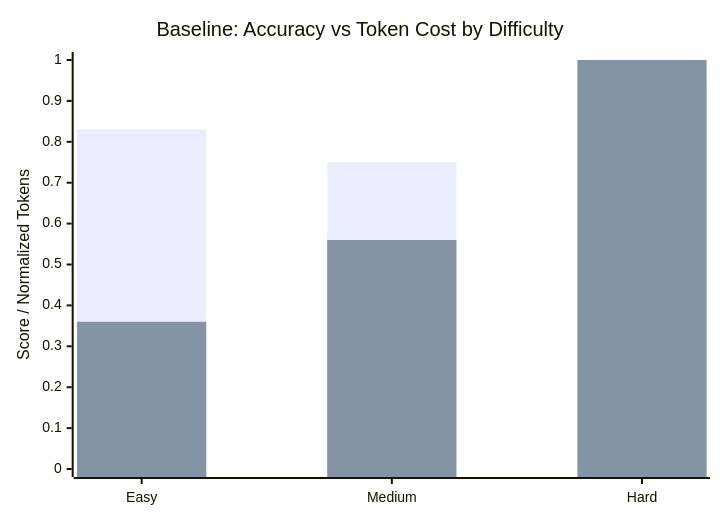
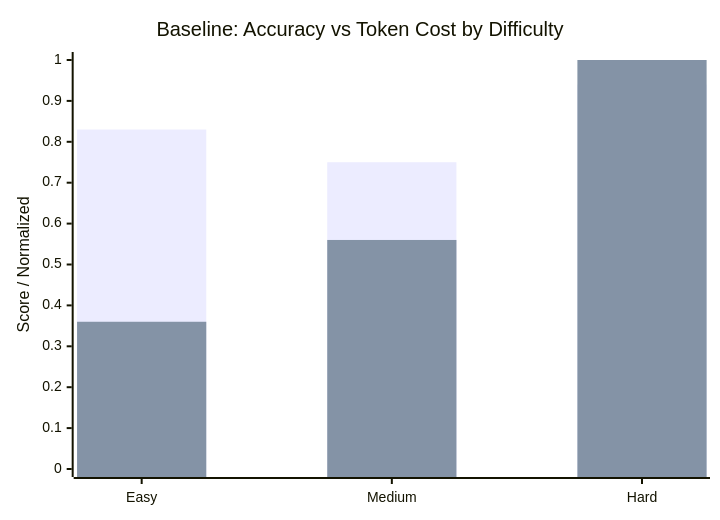
The second of 2 diagrams in reports/progress-report.md (KalharPandya/terraform-smart-context-mcp-42), drawn with Mermaid before and after one commit. The commit also changed other lines of this file, not shown here.

````diff
--- a/reports/progress-report.md
+++ b/reports/progress-report.md
@@ -173,8 +86,8 @@
 ```mermaid
 xychart-beta
     title "Baseline: Accuracy vs Token Cost by Difficulty"
     x-axis ["Easy", "Medium", "Hard"]
-    y-axis "Score / Normalized Tokens" 0 --> 1.0
+    y-axis "Score / Normalized" 0 --> 1.0
     bar "Accuracy" [0.83, 0.75, 0.94]
-    bar "Token Cost (normalized)" [0.36, 0.56, 1.0]
+    bar "Token Cost (norm)" [0.36, 0.56, 1.0]
 ```
````
